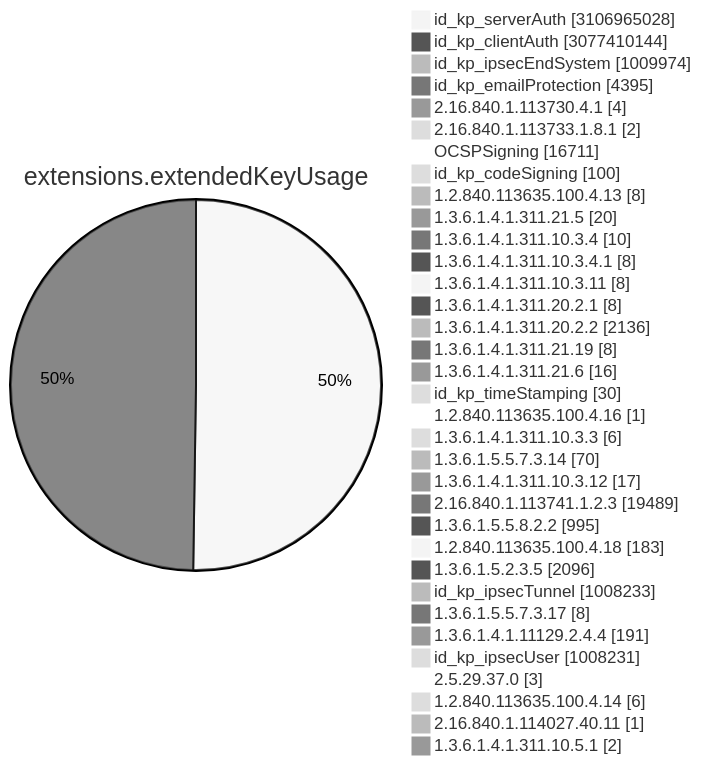
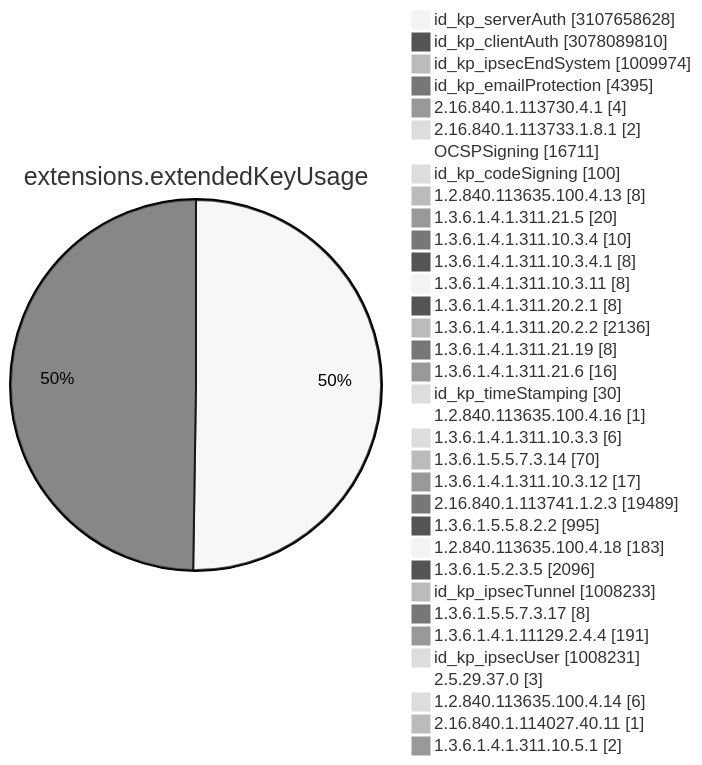
One commit to christiankrug/ctmonitor_visualization changed diagram 11 of 15 in TOTAL/README.md. Above: the diagram before and after it, drawn with Mermaid (neutral theme). The commit also changed other lines of this file, not shown here.

````diff
--- a/TOTAL/README.md
+++ b/TOTAL/README.md
@@ -4119,38 +4119,38 @@
 ```mermaid
 pie showData
 title extensions.extendedKeyUsage
-"id_kp_serverAuth" :3106965028
-"id_kp_clientAuth" :3077410144
+"id_kp_serverAuth" :3107658628
+"id_kp_clientAuth" :3078089810
 "id_kp_ipsecEndSystem" :1009974
 "id_kp_emailProtection" :4395
 "2.16.840.1.113730.4.1" :4
 "2.16.840.1.113733.1.8.1" :2
 "OCSPSigning" :16711
 "id_kp_codeSigning" :100
 "1.2.840.113635.100.4.13" :8
 "1.3.6.1.4.1.311.21.5" :20
 "1.3.6.1.4.1.311.10.3.4" :10
 "1.3.6.1.4.1.311.10.3.4.1" :8
 "1.3.6.1.4.1.311.10.3.11" :8
 "1.3.6.1.4.1.311.20.2.1" :8
 "1.3.6.1.4.1.311.20.2.2" :2136
 "1.3.6.1.4.1.311.21.19" :8
 "1.3.6.1.4.1.311.21.6" :16
 "id_kp_timeStamping" :30
 "1.2.840.113635.100.4.16" :1
 "1.3.6.1.4.1.311.10.3.3" :6
 "1.3.6.1.5.5.7.3.14" :70
 "1.3.6.1.4.1.311.10.3.12" :17
 "2.16.840.1.113741.1.2.3" :19489
 "1.3.6.1.5.5.8.2.2" :995
 "1.2.840.113635.100.4.18" :183
 "1.3.6.1.5.2.3.5" :2096
 "id_kp_ipsecTunnel" :1008233
 "1.3.6.1.5.5.7.3.17" :8
 "1.3.6.1.4.1.11129.2.4.4" :191
 "id_kp_ipsecUser" :1008231
 "2.5.29.37.0" :3
 "1.2.840.113635.100.4.14" :6
 "2.16.840.1.114027.40.11" :1
 "1.3.6.1.4.1.311.10.5.1" :2
 ```
````
